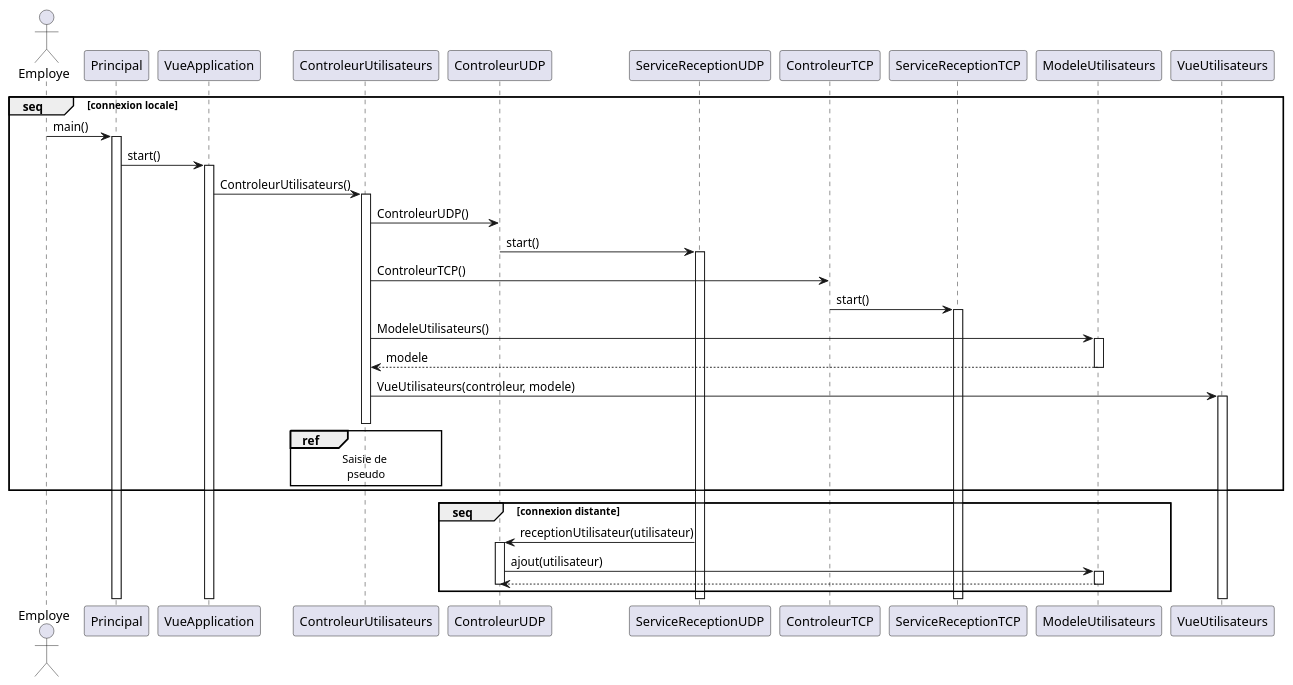
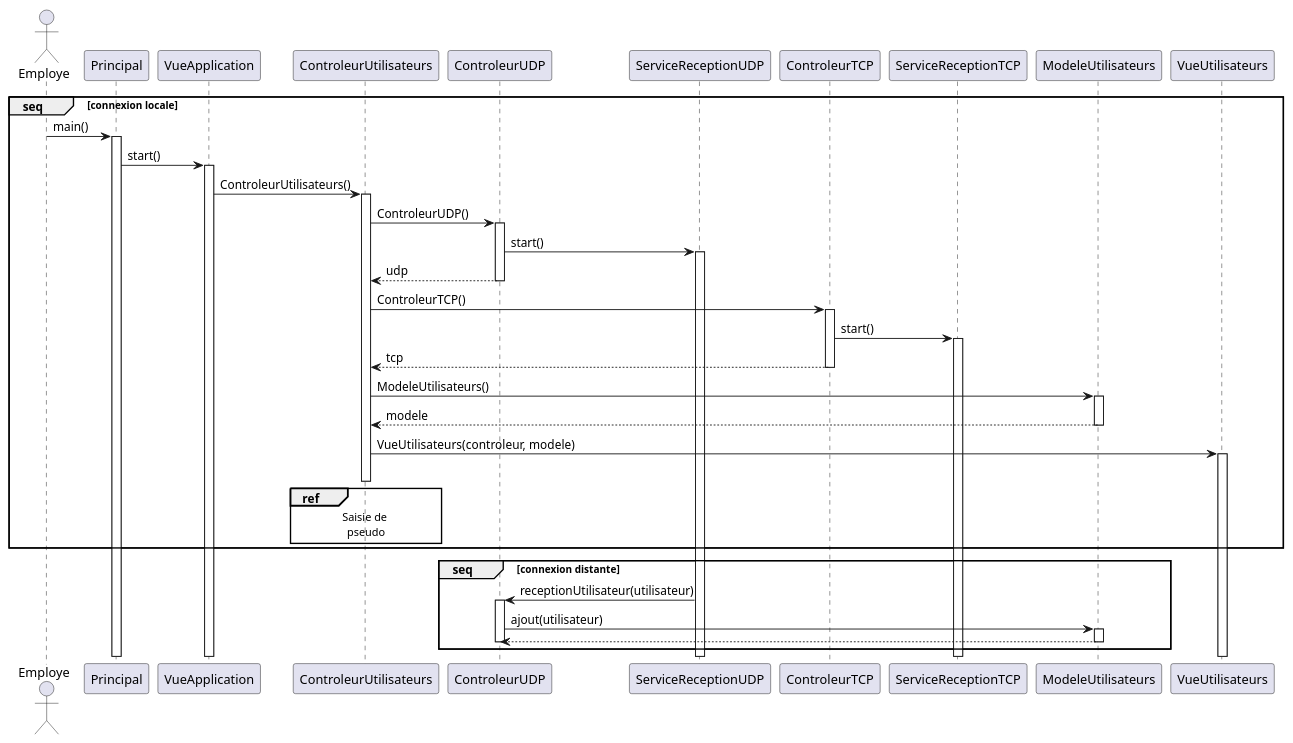
Before and after one commit to arc-hugo/clavardage_uml: the diagram in sequence/connexion.wsd, drawn with PlantUML. The commit also changed 1 other file, not shown here.

```diff
--- a/sequence/connexion.wsd
+++ b/sequence/connexion.wsd
@@ -1,37 +1,43 @@
 @startuml Connexion
 actor Employe
 group seq [connexion locale]
     Employe -> Principal : main()
     activate Principal
     Principal -> VueApplication : start()
     activate VueApplication 
     VueApplication -> ControleurUtilisateurs : ControleurUtilisateurs()
     activate ControleurUtilisateurs
     ControleurUtilisateurs -> ControleurUDP : ControleurUDP()
+    activate ControleurUDP
     ControleurUDP -> ServiceReceptionUDP : start()
     activate ServiceReceptionUDP
+    ControleurUDP --> ControleurUtilisateurs : udp
+    deactivate ControleurUDP
     ControleurUtilisateurs -> ControleurTCP : ControleurTCP()
+    activate ControleurTCP
     ControleurTCP -> ServiceReceptionTCP : start()
     activate ServiceReceptionTCP
+    ControleurTCP --> ControleurUtilisateurs : tcp
+    deactivate ControleurTCP
     ControleurUtilisateurs -> ModeleUtilisateurs : ModeleUtilisateurs()
     activate ModeleUtilisateurs
     ModeleUtilisateurs --> ControleurUtilisateurs : modele
     deactivate ModeleUtilisateurs
     ControleurUtilisateurs -> VueUtilisateurs : VueUtilisateurs(controleur, modele)
     activate VueUtilisateurs
     ref over ControleurUtilisateurs
         Saisie de 
         pseudo
     end ref
     deactivate ControleurUtilisateurs
 end
 group seq [connexion distante]
     ServiceReceptionUDP -> ControleurUDP : receptionUtilisateur(utilisateur)
     activate ControleurUDP
     ControleurUDP -> ModeleUtilisateurs : ajout(utilisateur)
     activate ModeleUtilisateurs
     ModeleUtilisateurs --> ControleurUDP
     deactivate ModeleUtilisateurs
     deactivate ControleurUDP
 end
 @enduml
```
